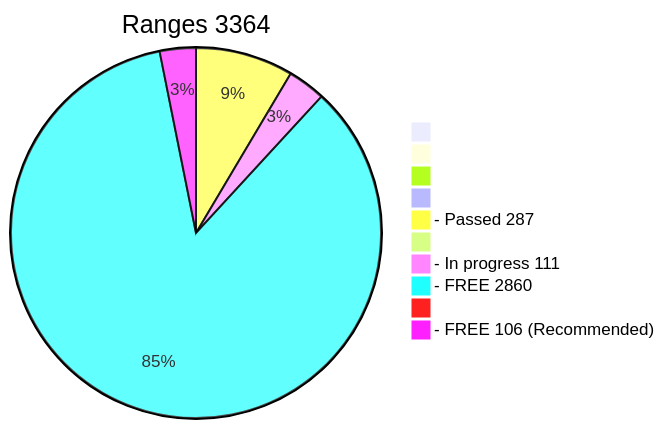
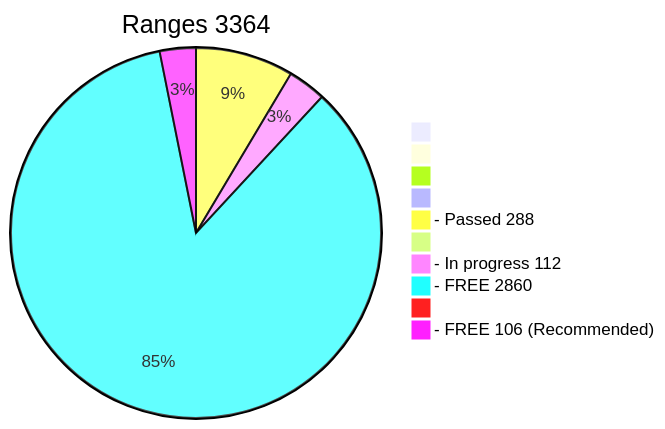
Before and after one commit to phrutis/wif500: the diagram in x64/Release/table.md, drawn with Mermaid. The commit also changed other lines of this file, not shown here.

````diff
--- a/x64/Release/table.md
+++ b/x64/Release/table.md
@@ -2,13 +2,13 @@
 ```mermaid
 pie title Ranges 3364
   " " : 0
   "  " : 0
   "   " : 0
   "    " : 0
-  "- Passed 287" : 287
+  "- Passed 288" : 288
   "     " : 0
-  "- In progress 111" : 111
+  "- In progress 112" : 112
   "- FREE 2860" : 2860
   "      " : 0
   "- FREE 106 (Recommended)" : 106
 ```
````
